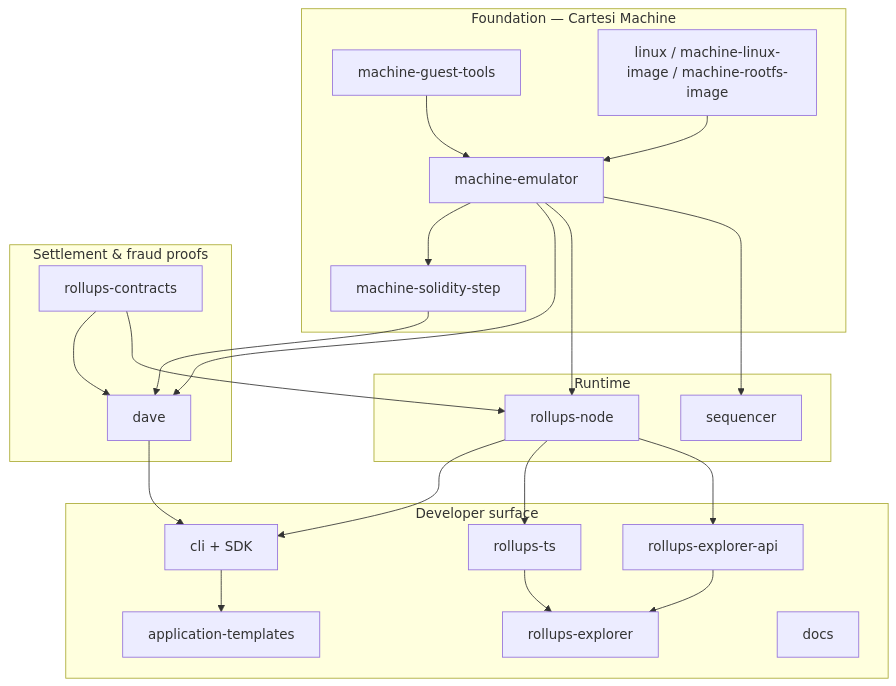
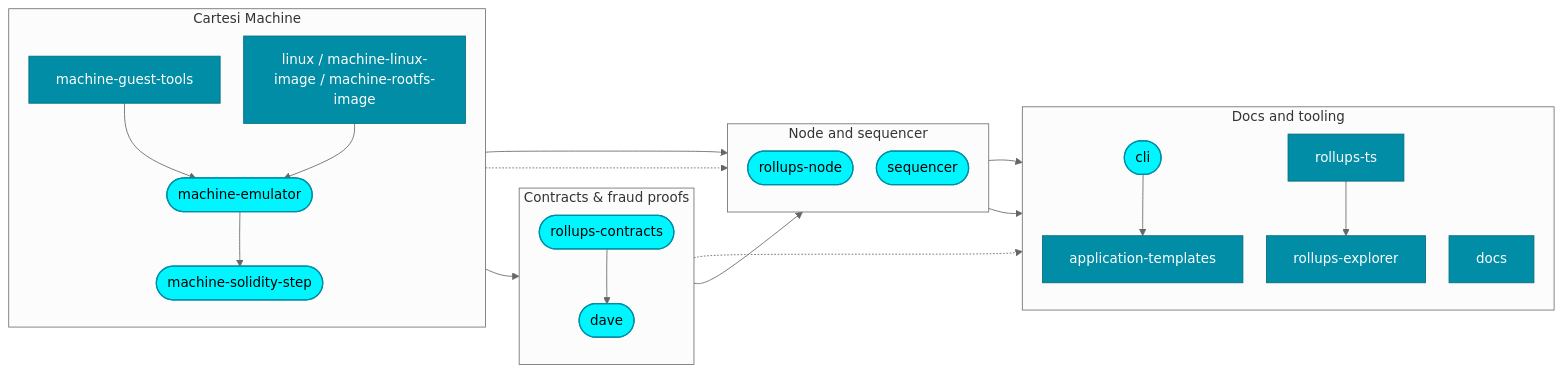
Before and after one commit to riseandshaheen/cartesi-engineering-docs: the diagram in README.md, drawn with Mermaid. The commit also changed other lines of this file, not shown here.

Commit message:
Refine Cartesi org README map and diagram
Focus the repo map on core stack components and restyle the Mermaid diagram with Cartesi brand colors and clearer hierarchy.

````diff
--- a/README.md
+++ b/README.md
@@ -12,44 +12,52 @@
 ```mermaid
-flowchart TB
-  subgraph foundation ["Foundation — Cartesi Machine"]
+%%{init: {"theme":"neutral","flowchart":{"curve":"basis","padding":16,"nodeSpacing":28,"rankSpacing":40}}}%%
+flowchart LR
+  subgraph machine ["Cartesi Machine"]
+    direction TB
     GT[machine-guest-tools]
-    LIN[linux / machine-linux-image / machine-rootfs-image]
-    EM[machine-emulator]
-    SS[machine-solidity-step]
+    IMG[linux / machine-linux-image / machine-rootfs-image]
+    EM([machine-emulator])
+    SS([machine-solidity-step])
     GT --> EM
-    LIN --> EM
+    IMG --> EM
     EM --> SS
   end
 
-  subgraph settlement ["Settlement & fraud proofs"]
-    RC[rollups-contracts]
-    DV[dave]
-    SS --> DV
-    EM --> DV
+  subgraph contracts ["Contracts & fraud proofs"]
+    direction TB
+    RC([rollups-contracts])
+    DV([dave])
     RC --> DV
   end
 
-  subgraph runtime ["Runtime"]
-    RN[rollups-node]
-    SQ[sequencer]
-    EM --> RN
-    EM --> SQ
-    RC --> RN
+  subgraph node ["Node and sequencer"]
+    direction TB
+    RN([rollups-node])
+    SQ([sequencer])
   end
 
-  subgraph developer ["Developer surface"]
+  subgraph tooling ["Docs and tooling"]
+    direction TB
+    CLI([cli])
+    TPL[application-templates]
     TS[rollups-ts]
-    CLI[cli + SDK]
-    TPL[application-templates]
     EXP[rollups-explorer]
-    API[rollups-explorer-api]
     DOC[docs]
-    RN --> CLI
-    RN --> TS
-    RN --> API
-    DV --> CLI
+    CLI --> TPL
     TS --> EXP
-    API --> EXP
-    CLI --> TPL
   end
+
+  SS --> DV
+  EM --> RN
+  EM -.-> SQ
+  RC --> RN
+  RN --> CLI
+  RN --> TS
+  DV -.-> CLI
+
+  classDef core fill:#00F6FF,stroke:#008DA5,stroke-width:1.5px,color:#000
+  classDef support fill:#008DA5,stroke:#006d80,stroke-width:1px,color:#fff
+
+  class EM,SS,RC,DV,RN,SQ,CLI core
+  class GT,IMG,TPL,TS,EXP,DOC support
 ```
````
